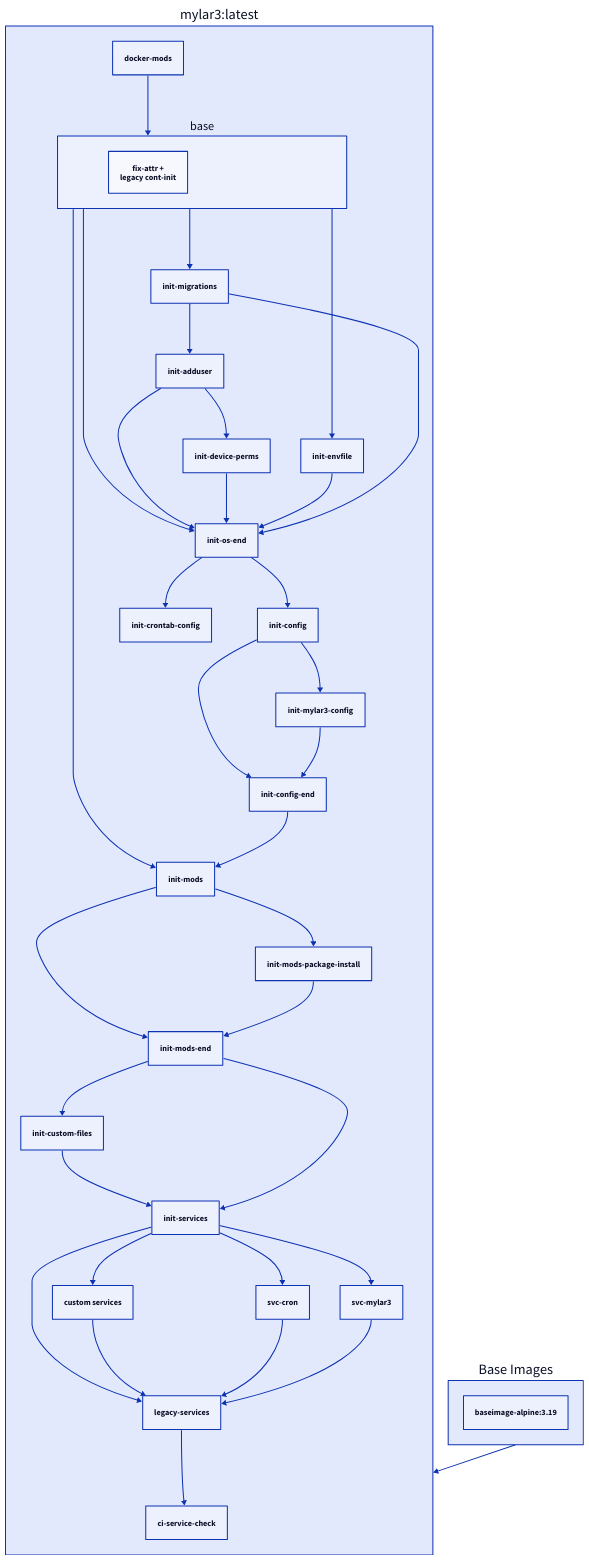
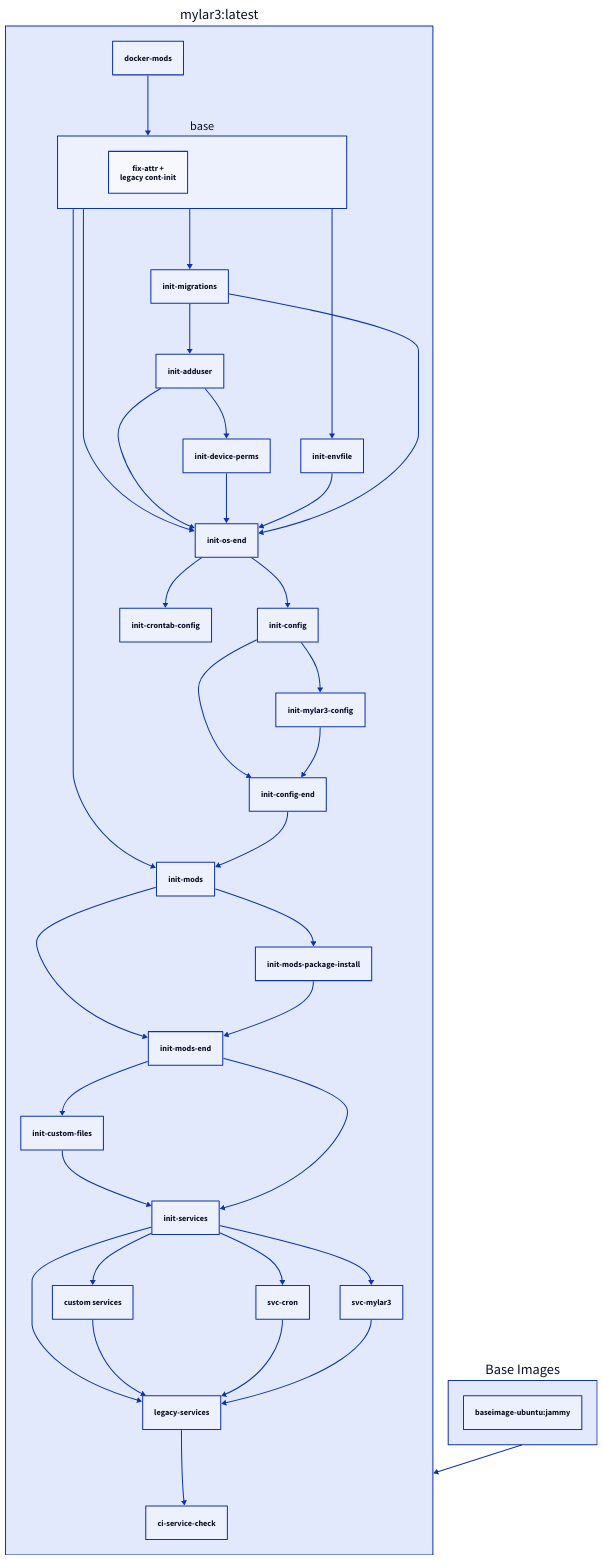
Before and after one commit to linuxserver/docker-documentation: the diagram in docs/images/docker-mylar3.md, drawn with D2. The commit also changed other lines of this file, not shown here.

Commit message:
Bot Updating Documentation

````diff
--- a/docs/images/docker-mylar3.md
+++ b/docs/images/docker-mylar3.md
@@ -295,45 +295,45 @@
     ```d2
     "mylar3:latest": {
       docker-mods
       base {
         fix-attr +\nlegacy cont-init
       }
       docker-mods -> base
       legacy-services
       custom services
       init-services -> legacy-services
       init-services -> custom services
       custom services -> legacy-services
       legacy-services -> ci-service-check
       init-migrations -> init-adduser
       init-os-end -> init-config
       init-config -> init-config-end
       init-mylar3-config -> init-config-end
       init-os-end -> init-crontab-config
       init-mods-end -> init-custom-files
       init-adduser -> init-device-perms
       base -> init-envfile
       base -> init-migrations
       base -> init-mods
       init-config-end -> init-mods
       init-mods -> init-mods-end
       init-mods-package-install -> init-mods-end
       init-mods -> init-mods-package-install
       init-config -> init-mylar3-config
       base -> init-os-end
       init-adduser -> init-os-end
       init-device-perms -> init-os-end
       init-envfile -> init-os-end
       init-migrations -> init-os-end
       init-custom-files -> init-services
       init-mods-end -> init-services
       init-services -> svc-cron
       svc-cron -> legacy-services
       init-services -> svc-mylar3
       svc-mylar3 -> legacy-services
     }
     Base Images: {
-      "baseimage-alpine:3.19"
+      "baseimage-ubuntu:jammy"
     }
     "mylar3:latest" <- Base Images
     ```
````
